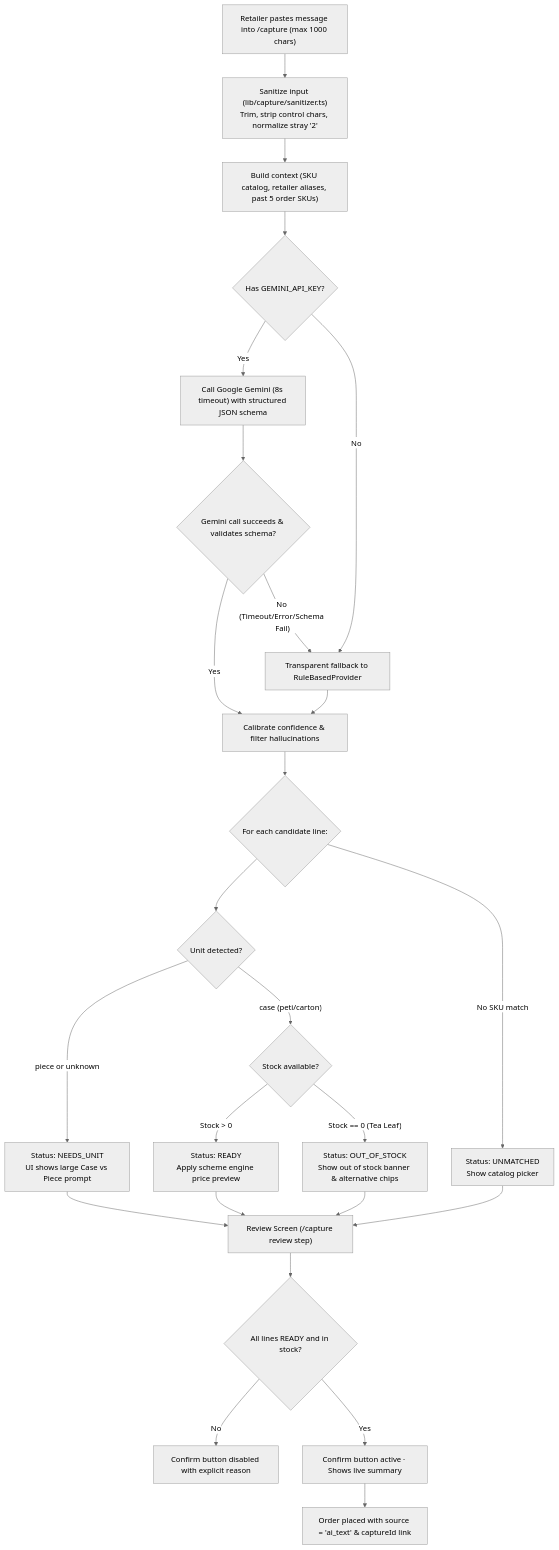
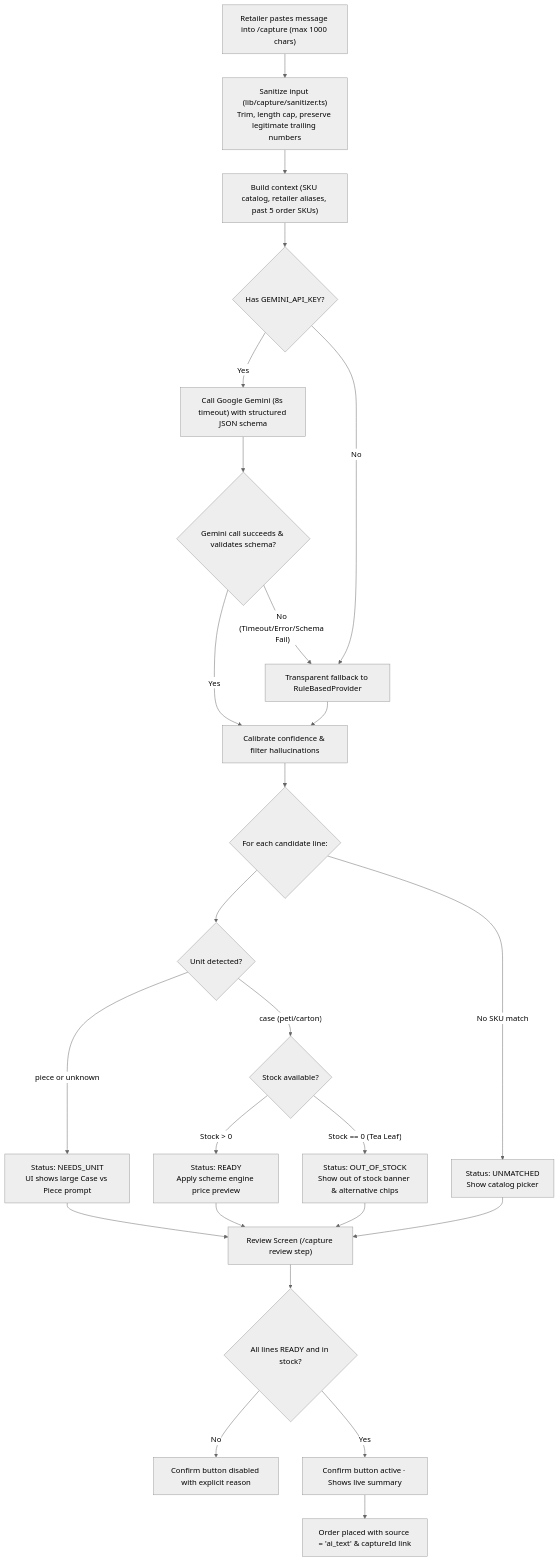
The fourth of 10 diagrams in docs/flow.md (SinghalSahab/isocode-proj), drawn with Mermaid (neutral theme) before and after one commit. The commit also changed 27 other files, not shown here.

Commit message:
docs: update technical documentation and add architecture diagrams

````diff
--- a/docs/flow.md
+++ b/docs/flow.md
@@ -129,34 +129,34 @@
 ```mermaid
 flowchart TD
-    Start["Retailer pastes message into /capture (max 1000 chars)"] --> Sanitizer["Sanitize input (lib/capture/sanitizer.ts)<br/>Trim, strip control chars, normalize stray '2'"]
+    Start["Retailer pastes message into /capture (max 1000 chars)"] --> Sanitizer["Sanitize input (lib/capture/sanitizer.ts)<br/>Trim, length cap, preserve legitimate trailing numbers"]
     Sanitizer --> Context["Build context (SKU catalog, retailer aliases, past 5 order SKUs)"]
     Context --> TryGemini{"Has GEMINI_API_KEY?"}
 
     TryGemini -- Yes --> CallGemini["Call Google Gemini (8s timeout) with structured JSON schema"]
     CallGemini --> GeminiResult{"Gemini call succeeds & validates schema?"}
     GeminiResult -- Yes --> Calibrate["Calibrate confidence & filter hallucinations"]
     GeminiResult -- No (Timeout/Error/Schema Fail) --> Fallback["Transparent fallback to RuleBasedProvider"]
 
     TryGemini -- No --> Fallback
     Fallback --> Calibrate
 
     Calibrate --> LineCheck{"For each candidate line:"}
     LineCheck --> UnitCheck{"Unit detected?"}
     UnitCheck -- "piece or unknown" --> UnitClarification["Status: NEEDS_UNIT<br/>UI shows large Case vs Piece prompt"]
     UnitCheck -- "case (peti/carton)" --> StockCheck{"Stock available?"}
 
     StockCheck -- "Stock > 0" --> ReadyLine["Status: READY<br/>Apply scheme engine price preview"]
     StockCheck -- "Stock == 0 (Tea Leaf)" --> OOSLine["Status: OUT_OF_STOCK<br/>Show out of stock banner & alternative chips"]
 
     LineCheck -- "No SKU match" --> Unmatched["Status: UNMATCHED<br/>Show catalog picker"]
 
     UnitClarification --> ReviewScreen["Review Screen (/capture review step)"]
     ReadyLine --> ReviewScreen
     OOSLine --> ReviewScreen
     Unmatched --> ReviewScreen
 
     ReviewScreen --> CanConfirm{"All lines READY and in stock?"}
     CanConfirm -- No --> BlockConfirm["Confirm button disabled with explicit reason"]
     CanConfirm -- Yes --> AllowConfirm["Confirm button active · Shows live summary"]
     AllowConfirm --> PlaceAIOrder["Order placed with source = 'ai_text' & captureId link"]
 ```
````
